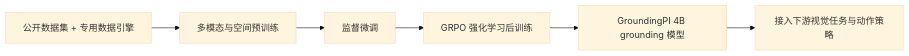
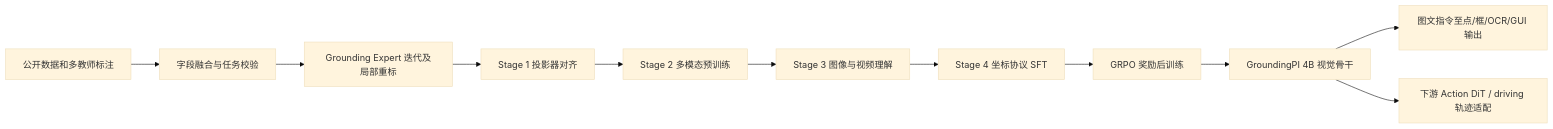
Before and after one commit to ImChong/Robotics_Notebooks: the first of 2 diagrams in wiki/entities/paper-groundingpi.md, drawn with Mermaid (base theme). The commit also changed other lines of this file and 3 other files, not shown here.

````diff
--- a/wiki/entities/paper-groundingpi.md
+++ b/wiki/entities/paper-groundingpi.md
@@ -47,8 +58,13 @@
 ```mermaid
 flowchart LR
-  D["公开数据集 + 专用数据引擎"] --> P["多模态与空间预训练"]
-  P --> S["监督微调"]
-  S --> R["GRPO 强化学习后训练"]
-  R --> M["GroundingPI 4B grounding 模型"]
-  M --> T["接入下游视觉任务与动作策略"]
+  D["公开数据和多教师标注"] --> E["字段融合与任务校验"]
+  E --> X["Grounding Expert 迭代及局部重标"]
+  X --> P1["Stage 1 投影器对齐"]
+  P1 --> P2["Stage 2 多模态预训练"]
+  P2 --> P3["Stage 3 图像与视频理解"]
+  P3 --> S["Stage 4 坐标协议 SFT"]
+  S --> R["GRPO 奖励后训练"]
+  R --> M["GroundingPI 4B 视觉骨干"]
+  M --> V["图文指令至点/框/OCR/GUI 输出"]
+  M --> A["下游 Action DiT / driving 轨迹适配"]
 ```
````
